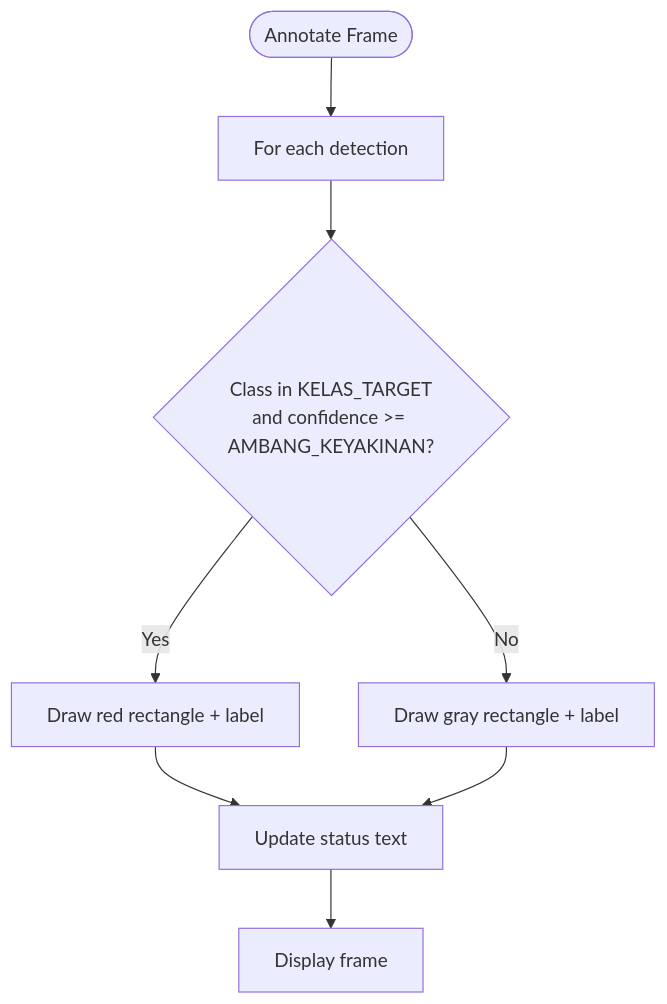
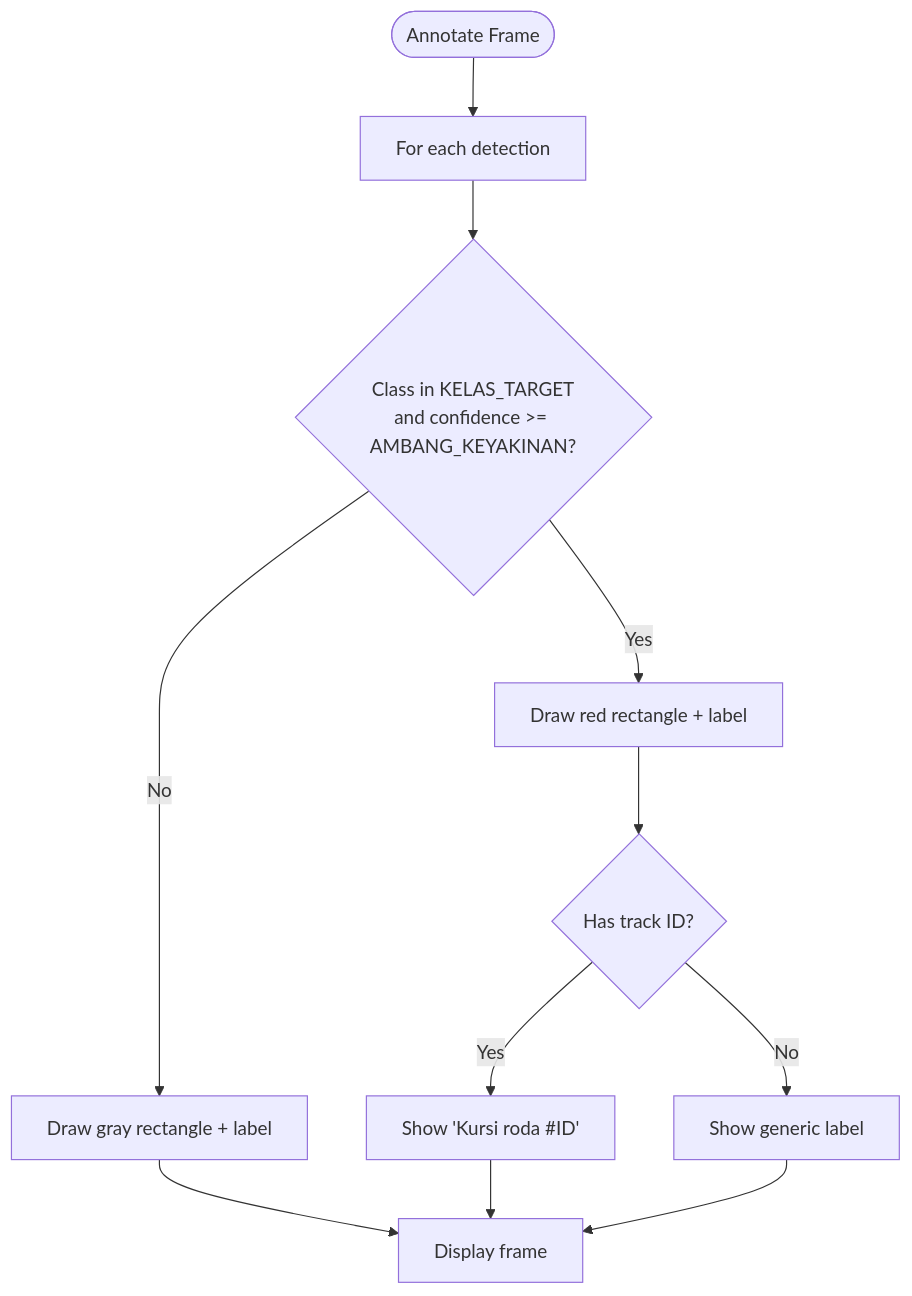
Before and after one commit to rdsarjito/whoosh-ramah: the sixth of 7 diagrams in .qoder/repowiki/en/content/AI Detection System/Detection Pipeline.md, drawn with Mermaid. The commit also changed other lines of this file and 68 other files, not shown here.

````diff
--- a/.qoder/repowiki/en/content/AI Detection System/Detection Pipeline.md
+++ b/.qoder/repowiki/en/content/AI Detection System/Detection Pipeline.md
@@ -267,10 +309,13 @@
 ```mermaid
 flowchart TD
 Start(["Annotate Frame"]) --> Iterate["For each detection"]
 Iterate --> Decide{"Class in KELAS_TARGET<br/>and confidence >= AMBANG_KEYAKINAN?"}
 Decide --> |Yes| RedBox["Draw red rectangle + label"]
 Decide --> |No| GrayBox["Draw gray rectangle + label"]
-RedBox --> StatusText["Update status text"]
-GrayBox --> StatusText
-StatusText --> Show["Display frame"]
+RedBox --> CheckTrack{"Has track ID?"}
+GrayBox --> Show["Display frame"]
+CheckTrack --> |Yes| TrackLabel["Show 'Kursi roda #ID'"]
+CheckTrack --> |No| GenericLabel["Show generic label"]
+TrackLabel --> Show
+GenericLabel --> Show
 ```
````
